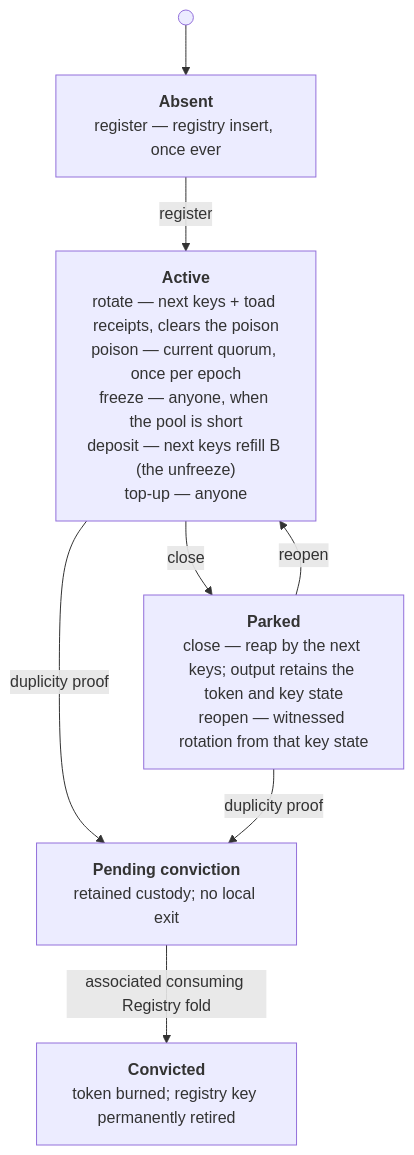
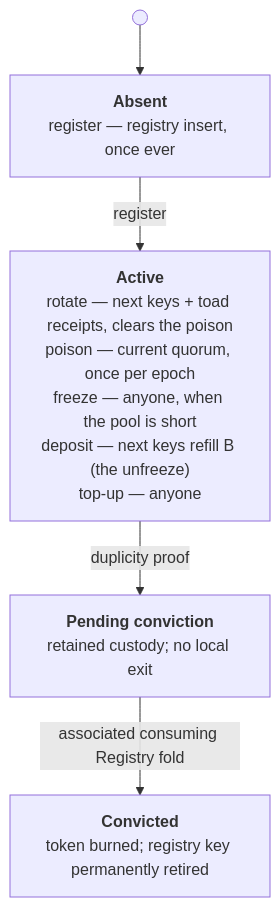
The diagram in docs/index.md (lambdasistemi/cardano-keri), drawn with Mermaid before and after one commit. The commit also changed other lines of this file and 51 other files, not shown here.

````diff
--- a/docs/index.md
+++ b/docs/index.md
@@ -133,10 +133,7 @@
 ```mermaid
 flowchart TB
     start(( )) --> Absent["<b>Absent</b><br/>register — registry insert, once ever"]
     Absent -->|register| Active["<b>Active</b><br/>rotate — next keys + toad receipts, clears the poison<br/>poison — current quorum, once per epoch<br/>freeze — anyone, when the pool is short<br/>deposit — next keys refill B (the unfreeze)<br/>top-up — anyone"]
-    Active -->|close| Parked["<b>Parked</b><br/>close — reap by the next keys#59; output retains the token and key state<br/>reopen — witnessed rotation from that key state"]
-    Parked -->|reopen| Active
     Active -->|duplicity proof| Pending["<b>Pending conviction</b><br/>retained custody#59; no local exit"]
-    Parked -->|duplicity proof| Pending
     Pending -->|associated consuming Registry fold| Convicted["<b>Convicted</b><br/>token burned#59; registry key permanently retired"]
 ```
````
